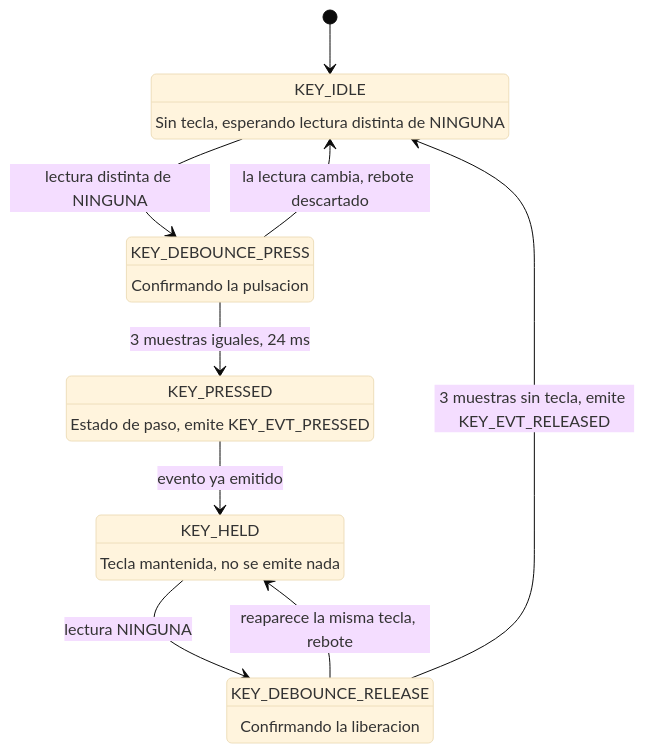
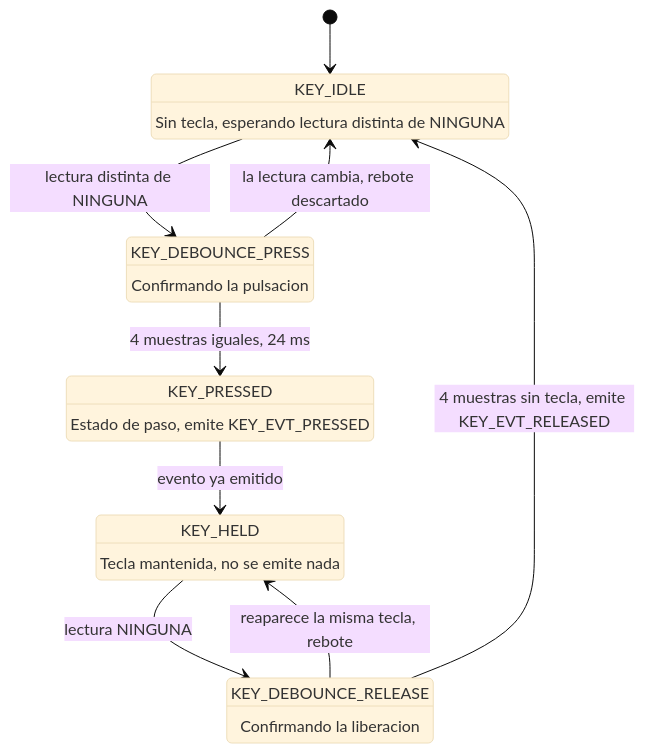
Before and after one commit to GildardoRestrepo/Reto_2_C_UPB: the fourth of 6 diagrams in _docs/architecture.md, drawn with Mermaid (base theme). The commit also changed other lines of this file and 11 other files, not shown here.

````diff
--- a/_docs/architecture.md
+++ b/_docs/architecture.md
@@ -217,24 +222,24 @@
 ```mermaid
 stateDiagram-v2
     direction TB
     [*] --> KEY_IDLE
 
     KEY_IDLE : KEY_IDLE
     KEY_IDLE : Sin tecla, esperando lectura distinta de NINGUNA
     KEY_DEBOUNCE_PRESS : KEY_DEBOUNCE_PRESS
     KEY_DEBOUNCE_PRESS : Confirmando la pulsacion
     KEY_PRESSED : KEY_PRESSED
     KEY_PRESSED : Estado de paso, emite KEY_EVT_PRESSED
     KEY_HELD : KEY_HELD
     KEY_HELD : Tecla mantenida, no se emite nada
     KEY_DEBOUNCE_RELEASE : KEY_DEBOUNCE_RELEASE
     KEY_DEBOUNCE_RELEASE : Confirmando la liberacion
 
     KEY_IDLE --> KEY_DEBOUNCE_PRESS : lectura distinta de NINGUNA
     KEY_DEBOUNCE_PRESS --> KEY_IDLE : la lectura cambia, rebote descartado
-    KEY_DEBOUNCE_PRESS --> KEY_PRESSED : 3 muestras iguales, 24 ms
+    KEY_DEBOUNCE_PRESS --> KEY_PRESSED : 4 muestras iguales, 24 ms
     KEY_PRESSED --> KEY_HELD : evento ya emitido
     KEY_HELD --> KEY_DEBOUNCE_RELEASE : lectura NINGUNA
     KEY_DEBOUNCE_RELEASE --> KEY_HELD : reaparece la misma tecla, rebote
-    KEY_DEBOUNCE_RELEASE --> KEY_IDLE : 3 muestras sin tecla, emite KEY_EVT_RELEASED
+    KEY_DEBOUNCE_RELEASE --> KEY_IDLE : 4 muestras sin tecla, emite KEY_EVT_RELEASED
 ```
````
